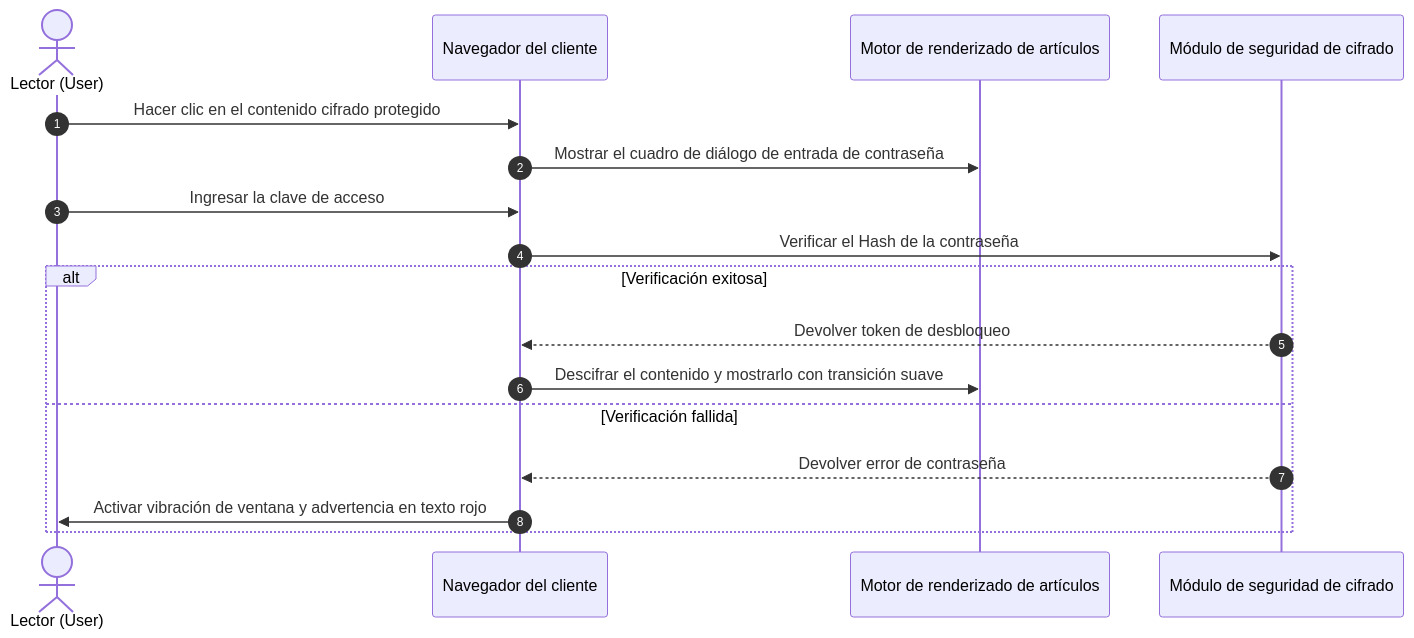
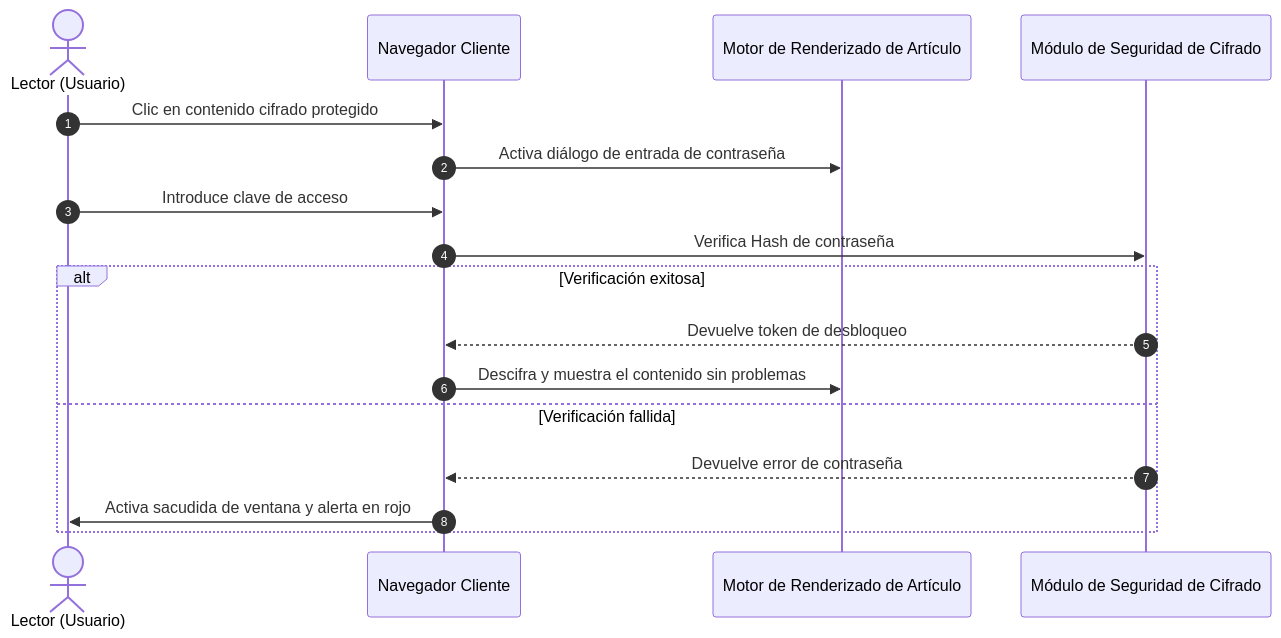
Before and after one commit to shijianus/astro-theme-shijianus: the second of 2 diagrams in src/content/posts/content-formats-and-markup-mastery-es.md, drawn with Mermaid. The commit also changed other lines of this file and 10 other files, not shown here.

````diff
--- a/src/content/posts/content-formats-and-markup-mastery-es.md
+++ b/src/content/posts/content-formats-and-markup-mastery-es.md
@@ -993,20 +1002,20 @@
 ```mermaid
 sequenceDiagram
     autonumber
-    actor User as Lector (User)
-    participant Browser as Navegador del cliente
-    participant PostPage as Motor de renderizado de artículos
-    participant Security as Módulo de seguridad de cifrado
+    actor User as Lector (Usuario)
+    participant Browser as Navegador Cliente
+    participant PostPage as Motor de Renderizado de Artículo
+    participant Security as Módulo de Seguridad de Cifrado
 
-    User->>Browser: Hacer clic en el contenido cifrado protegido
-    Browser->>PostPage: Mostrar el cuadro de diálogo de entrada de contraseña
-    User->>Browser: Ingresar la clave de acceso
-    Browser->>Security: Verificar el Hash de la contraseña
+    User->>Browser: Clic en contenido cifrado protegido
+    Browser->>PostPage: Activa diálogo de entrada de contraseña
+    User->>Browser: Introduce clave de acceso
+    Browser->>Security: Verifica Hash de contraseña
     alt Verificación exitosa
-        Security-->>Browser: Devolver token de desbloqueo
-        Browser->>PostPage: Descifrar el contenido y mostrarlo con transición suave
+        Security-->>Browser: Devuelve token de desbloqueo
+        Browser->>PostPage: Descifra y muestra el contenido sin problemas
     else Verificación fallida
-        Security-->>Browser: Devolver error de contraseña
-        Browser->>User: Activar vibración de ventana y advertencia en texto rojo
+        Security-->>Browser: Devuelve error de contraseña
+        Browser->>User: Activa sacudida de ventana y alerta en rojo
     end
 ```
````
